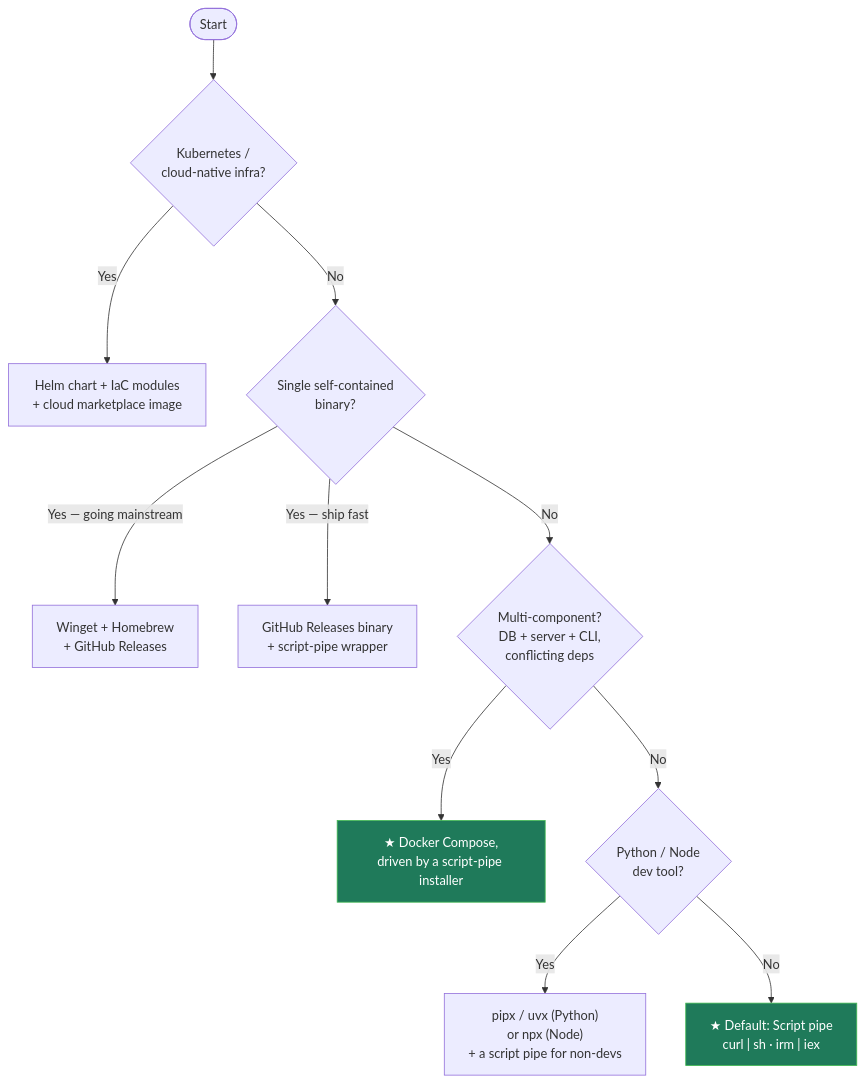
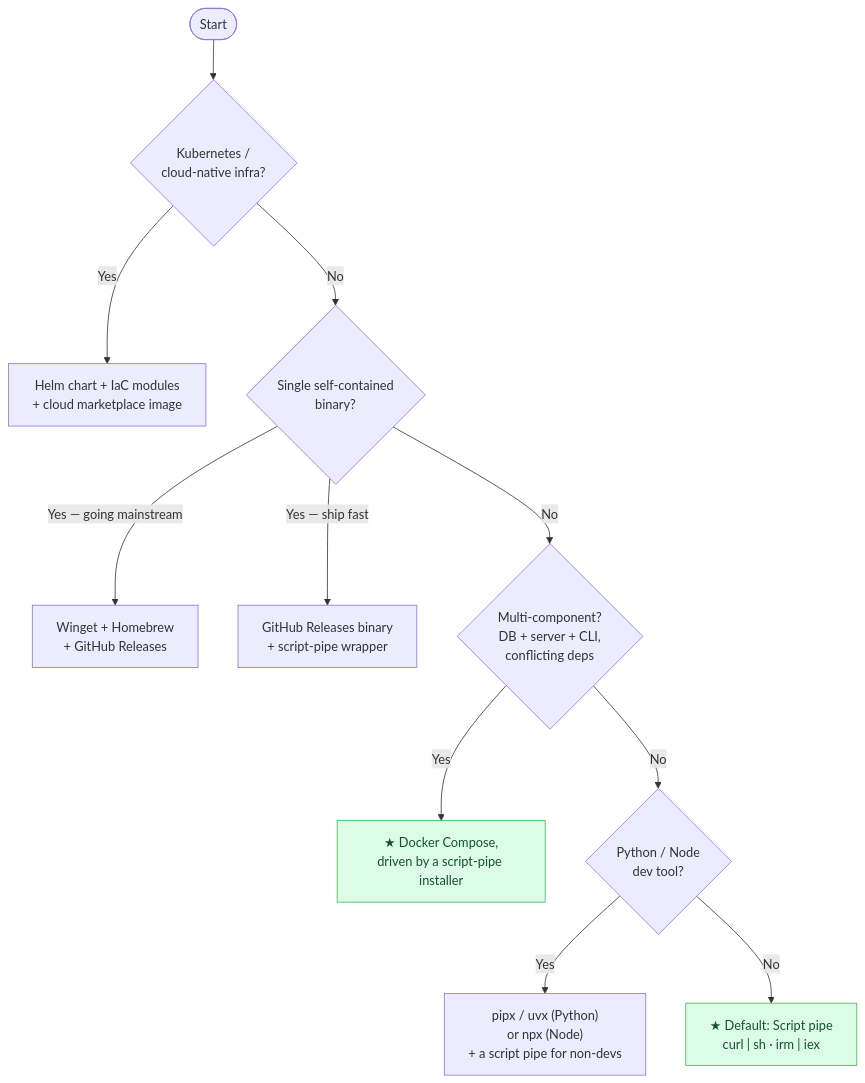
Before and after one commit to krishna-exasol/bundle-installation-methods: the diagram in docs/01-decision-guide.md, drawn with Mermaid. The commit also changed 1 other file, not shown here.

Commit message:
Mermaid diagrams: light backgrounds + dark text (readable; blue-leaning) instead of dark fills

````diff
--- a/docs/01-decision-guide.md
+++ b/docs/01-decision-guide.md
@@ -7,19 +7,19 @@
 ```mermaid
 flowchart TD
     Start([Start]) --> K{"Kubernetes /<br/>cloud-native infra?"}
     K -->|Yes| Kk["Helm chart + IaC modules<br/>+ cloud marketplace image"]
     K -->|No| B{"Single self-contained<br/>binary?"}
 
     B -->|"Yes — going mainstream"| Bm["Winget + Homebrew<br/>+ GitHub Releases"]
     B -->|"Yes — ship fast"| Bf["GitHub Releases binary<br/>+ script-pipe wrapper"]
     B -->|No| M{"Multi-component?<br/>DB + server + CLI,<br/>conflicting deps"}
 
     M -->|Yes| Mm["★ Docker Compose,<br/>driven by a script-pipe installer"]
     M -->|No| P{"Python / Node<br/>dev tool?"}
 
     P -->|Yes| Pp["pipx / uvx (Python)<br/>or npx (Node)<br/>+ a script pipe for non-devs"]
     P -->|No| D["★ Default: Script pipe<br/>curl | sh  ·  irm | iex"]
 
     class Mm,D best
-    classDef best fill:#1f7a5a,stroke:#3fb950,color:#fff;
+    classDef best fill:#dcfce7,stroke:#3fb950,color:#14532d;
 ```
````
